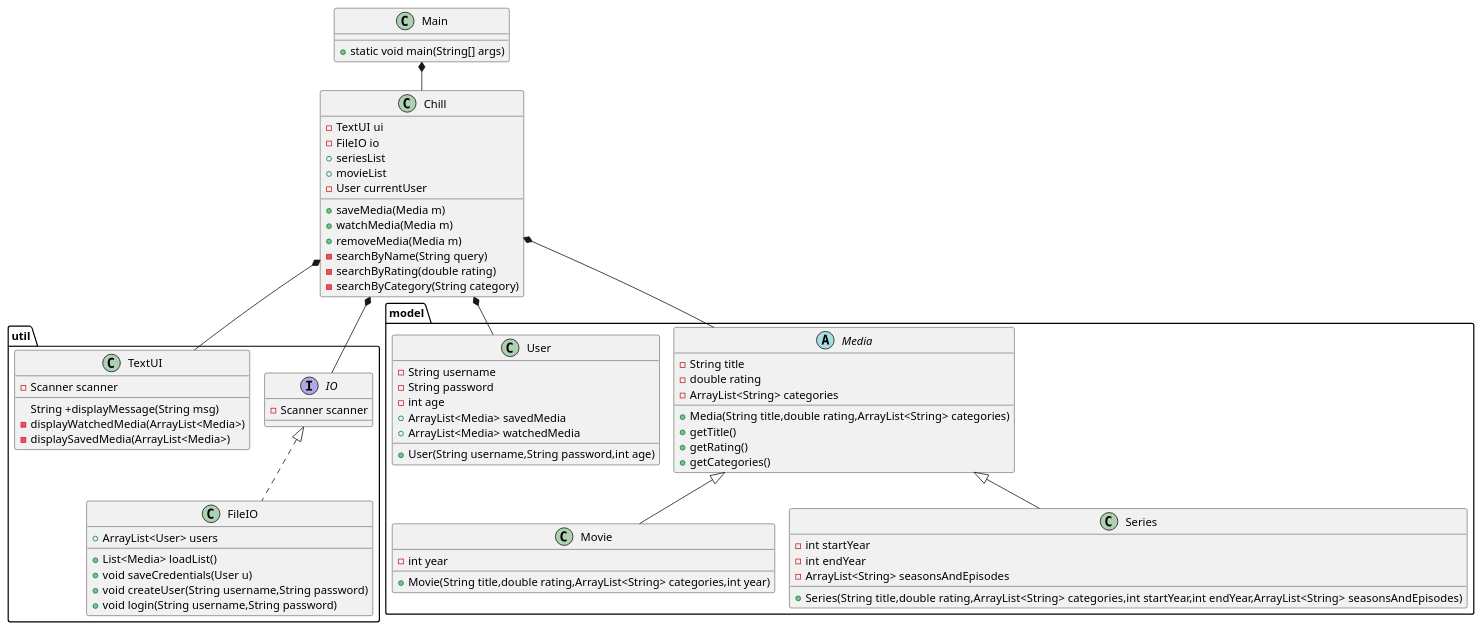
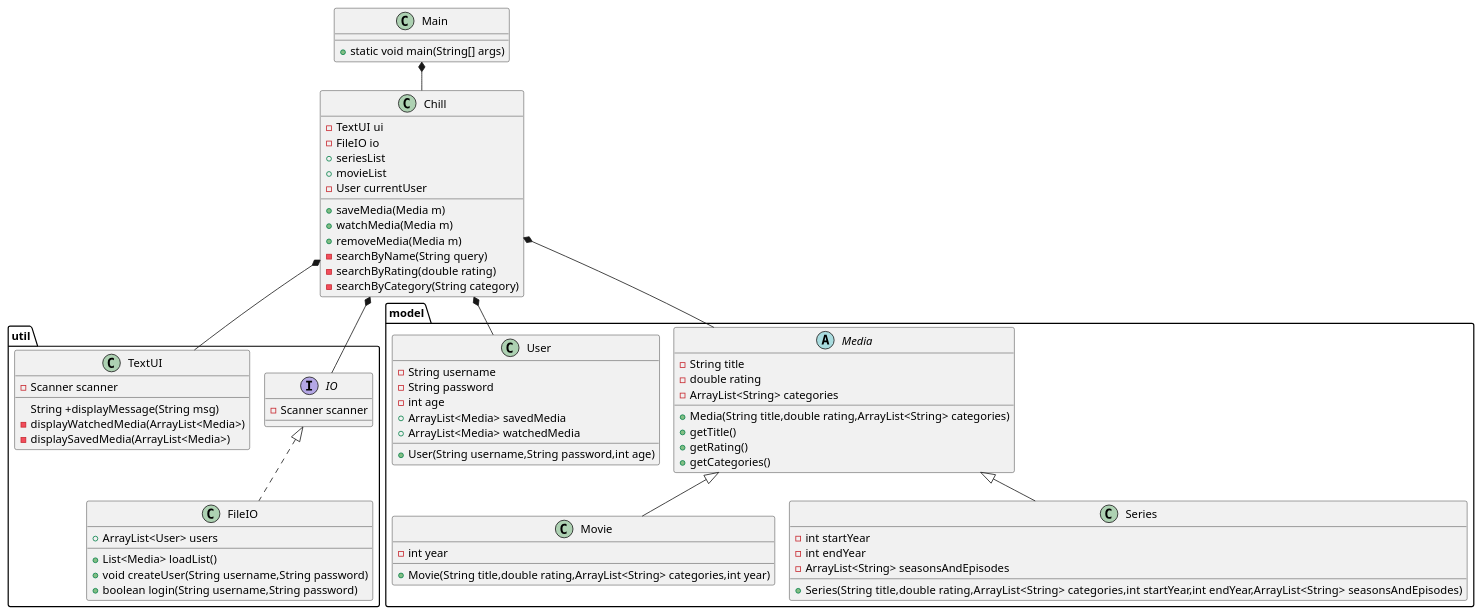
Before and after one commit to Magnewei/SP3: the diagram in doc/Class.puml, drawn with PlantUML. The commit also changed 5 other files, not shown here.

```diff
--- a/doc/Class.puml
+++ b/doc/Class.puml
@@ -1,84 +1,83 @@
 @startuml
 'https://plantuml.com/class-diagram
 !pragma layout smetana
 
 class Main{
     +static void main(String[] args)
 }
 
 class Chill{
     -TextUI ui
     -FileIO io
     +seriesList
     +movieList
     -User currentUser
     +saveMedia(Media m)
     +watchMedia(Media m)
     +removeMedia(Media m)
     -searchByName(String query)
     -searchByRating(double rating)
     -searchByCategory(String category)
 }
 
 package "util"{
     Interface IO{
         -Scanner scanner
     }
 
     class FileIO implements IO{
         +ArrayList<User> users
         +List<Media> loadList()
-        +void saveCredentials(User u)
         +void createUser(String username,String password)
-        +void login(String username,String password)
+        +boolean login(String username,String password)
     }
 
     class TextUI{
         -Scanner scanner
         String +displayMessage(String msg)
         -displayWatchedMedia(ArrayList<Media>)
         -displaySavedMedia(ArrayList<Media>)
     }
 }
 
 package "model"{
     abstract class Media{
         -String title
         -double rating
         -ArrayList<String> categories
         +Media(String title,double rating,ArrayList<String> categories)
         +getTitle()
         +getRating()
         +getCategories()
     }
 
     class Movie extends Media{
         -int year
         +Movie(String title,double rating,ArrayList<String> categories,int year)
     }
 
     class Series extends Media{
         -int startYear
         -int endYear
         -ArrayList<String> seasonsAndEpisodes
         +Series(String title,double rating,ArrayList<String> categories,int startYear,int endYear,ArrayList<String> seasonsAndEpisodes)
     }
 
     class User{
         -String username
         -String password
         -int age
         +ArrayList<Media> savedMedia
         +ArrayList<Media> watchedMedia
         +User(String username,String password,int age)
     }
 }
 
 Main *-- Chill
 Chill *-- TextUI
 Chill *-- User
 Chill *-- Media
 Chill *-- IO
 
 
 @enduml
```
